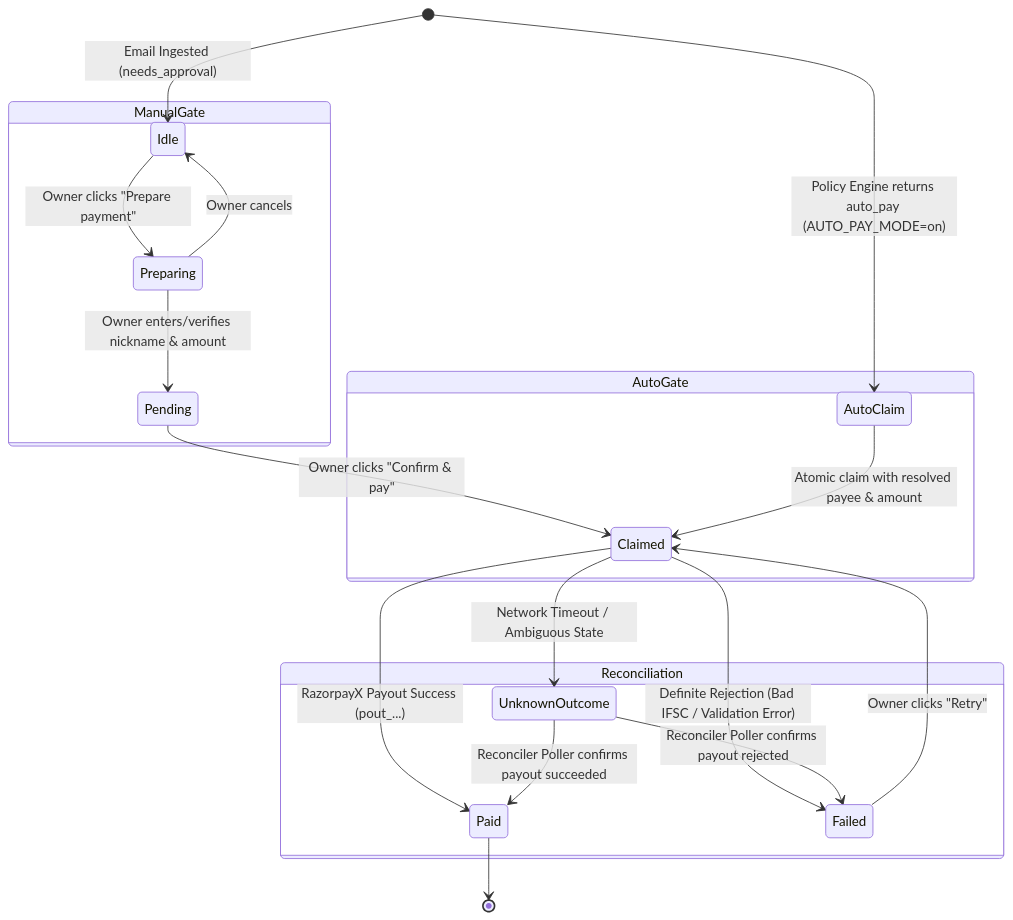
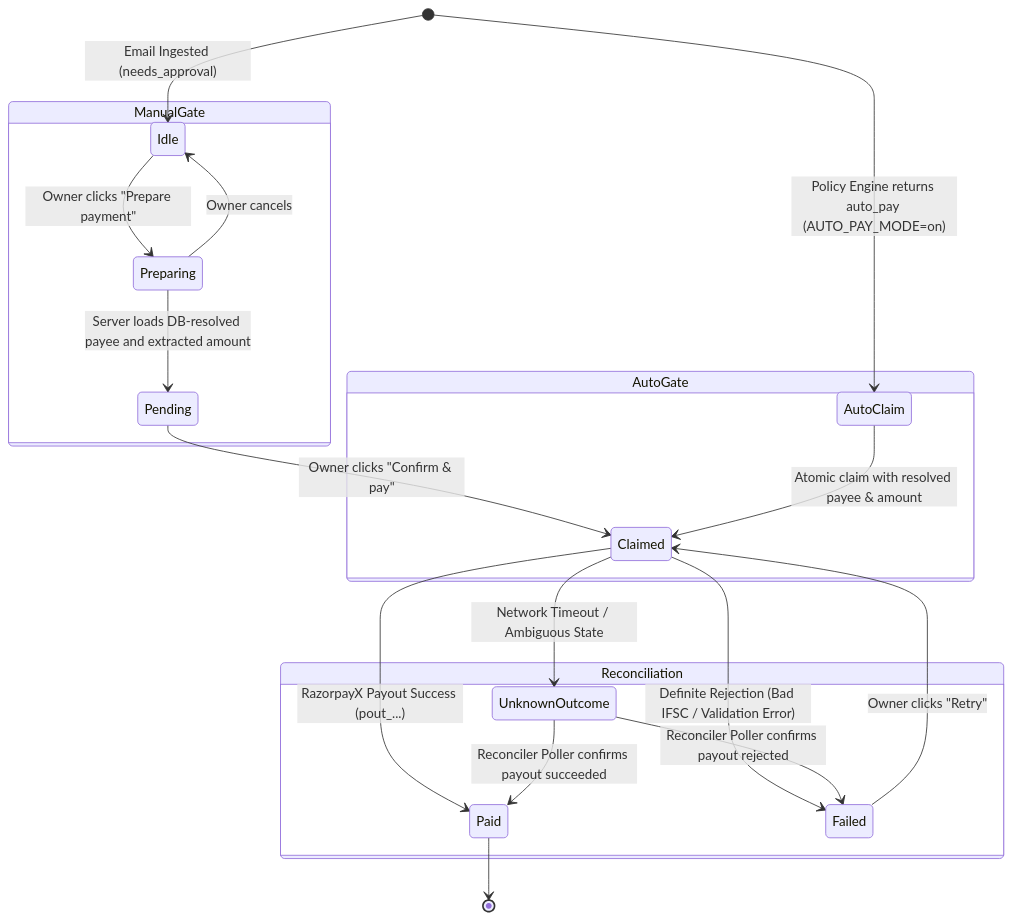
Before and after one commit to HkSolDev/pay-agent: the fifth of 5 diagrams in docs/ARCHITECTURE.md, drawn with Mermaid. The commit also changed other lines of this file, not shown here.

Commit message:
Correct architecture implementation details

````diff
--- a/docs/ARCHITECTURE.md
+++ b/docs/ARCHITECTURE.md
@@ -240,29 +241,29 @@
 ```mermaid
 stateDiagram-v2
     [*] --> Idle: Email Ingested (needs_approval)
     [*] --> AutoClaim: Policy Engine returns auto_pay (AUTO_PAY_MODE=on)
 
     state ManualGate {
         Idle --> Preparing: Owner clicks "Prepare payment"
-        Preparing --> Pending: Owner enters/verifies nickname & amount
+        Preparing --> Pending: Server loads DB-resolved payee and extracted amount
         Preparing --> Idle: Owner cancels
         Pending --> Claimed: Owner clicks "Confirm & pay"
     }
 
     state AutoGate {
         AutoClaim --> Claimed: Atomic claim with resolved payee & amount
     }
 
     Claimed --> Paid: RazorpayX Payout Success (pout_...)
     Claimed --> Failed: Definite Rejection (Bad IFSC / Validation Error)
     Claimed --> UnknownOutcome: Network Timeout / Ambiguous State
 
     Failed --> Claimed: Owner clicks "Retry"
 
     state Reconciliation {
         UnknownOutcome --> Paid: Reconciler Poller confirms payout succeeded
         UnknownOutcome --> Failed: Reconciler Poller confirms payout rejected
     }
 
     Paid --> [*]
 ```
````
